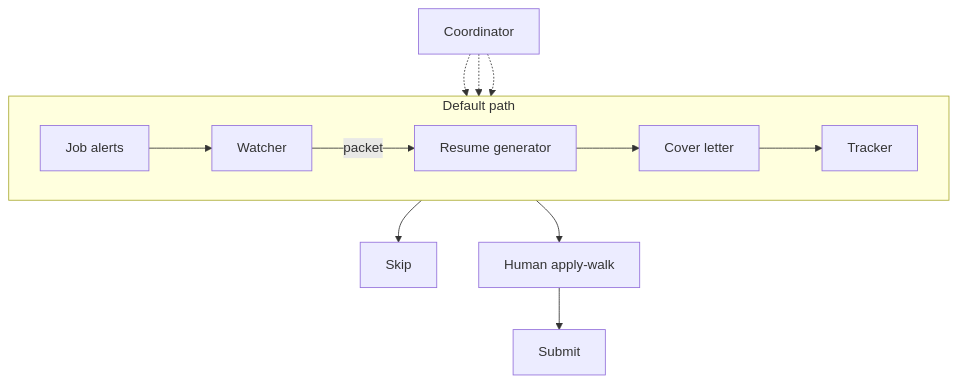
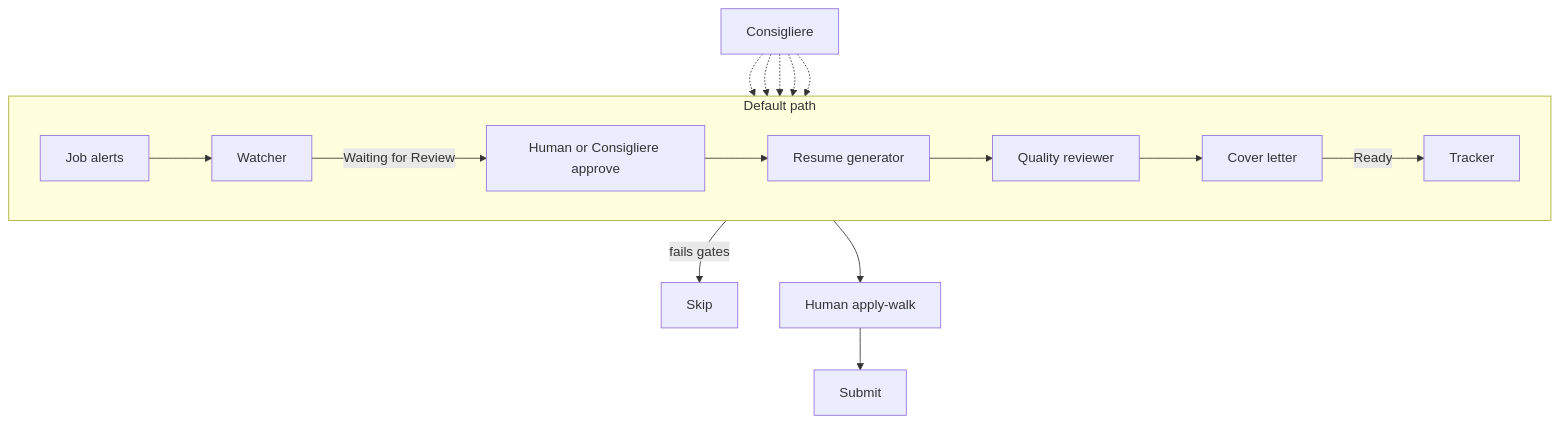
One commit to peytdere/agentic-job-search changed the diagram in docs/architecture.md. Above: the diagram before and after it, drawn with Mermaid. The commit also changed other lines of this file, not shown here.

Commit message:
Align architecture to Consigliere and Waiting for Review harvest

````diff
--- a/docs/architecture.md
+++ b/docs/architecture.md
@@ -45,20 +46,24 @@
 ```mermaid
 flowchart TB
-  coord[Coordinator]
+  cons[Consigliere]
 
   subgraph defaultPath [Default path]
     direction LR
     alerts[Job alerts] --> watcher[Watcher]
-    watcher -->|packet| gen[Resume generator]
-    gen --> letter[Cover letter]
-    letter --> tracker[Tracker]
+    watcher -->|Waiting for Review| approve[Human or Consigliere approve]
+    approve --> gen[Resume generator]
+    gen --> qr[Quality reviewer]
+    qr --> letter[Cover letter]
+    letter -->|Ready| tracker[Tracker]
   end
 
-  coord -.-> watcher
-  coord -.-> gen
-  coord -.-> letter
+  cons -.-> watcher
+  cons -.-> approve
+  cons -.-> gen
+  cons -.-> qr
+  cons -.-> letter
 
-  watcher --> skip[Skip]
+  watcher -->|fails gates| skip[Skip]
   tracker --> human[Human apply-walk]
   human --> submit[Submit]
 ```
````
